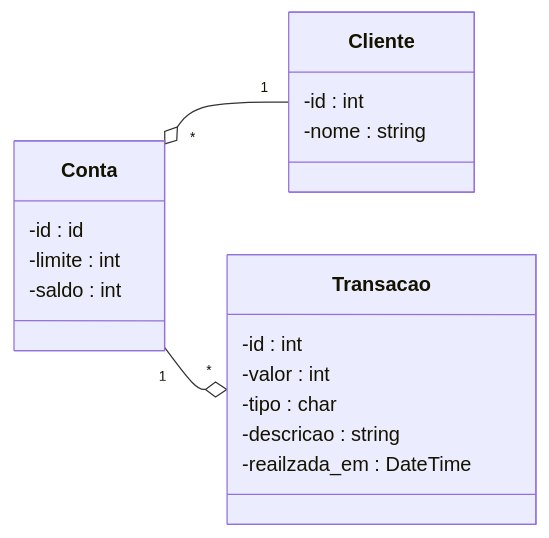
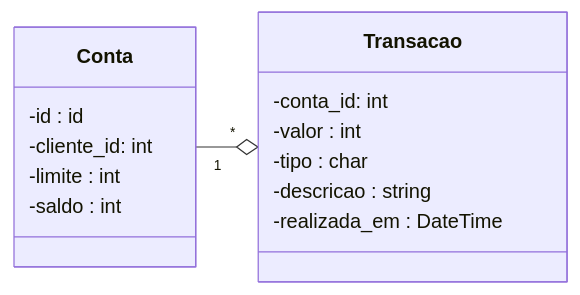
One commit to rpmeir/rinha-php changed the diagram in diagram.md. Above: the diagram before and after it, drawn with Mermaid. The commit also changed other lines of this file and 9 other files, not shown here.

````diff
--- a/diagram.md
+++ b/diagram.md
@@ -5,22 +5,18 @@
 ```mermaid
 classDiagram
   direction LR
   class Conta {
     -id : id
+    -cliente_id: int
     -limite : int
     -saldo : int
   }
-  class Cliente{
-    -id : int
-    -nome : string
-  }
   class Transacao{
-    -id : int
+    -conta_id: int
     -valor : int
     -tipo : char
     -descricao : string
-    -reailzada_em : DateTime
+    -realizada_em : DateTime
   }
-  Conta "*" o-- "1" Cliente
   Conta "1" --o "*" Transacao
 ```
````
